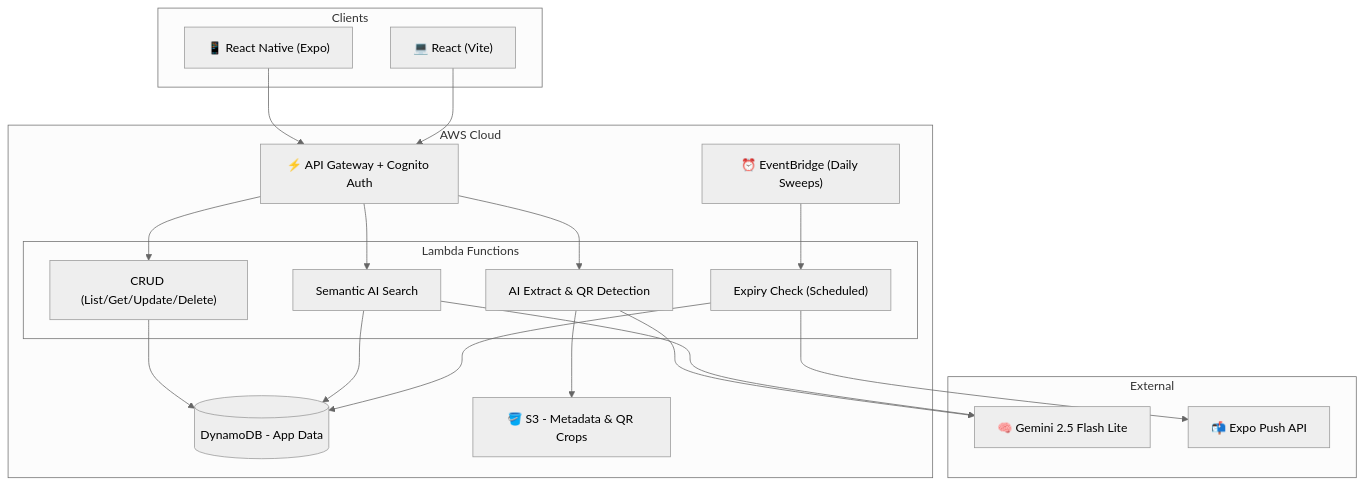
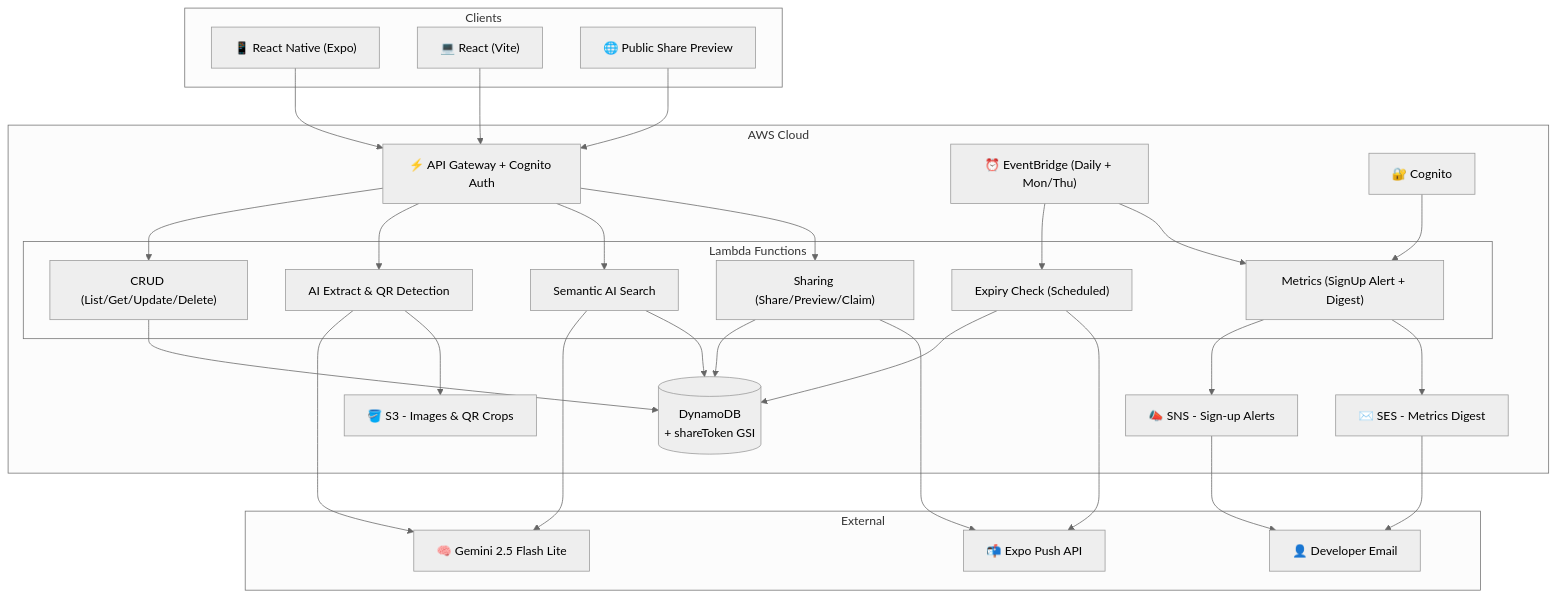
One commit to Manuel-Castellon/Vaulty changed the first of 3 diagrams in README.md. Above: the diagram before and after it, drawn with Mermaid (neutral theme). The commit also changed other lines of this file, not shown here.

Commit message:
docs: update README for sharing, metrics, and revised system diagram
- System diagram now includes sharing lambdas, metrics lambdas, SNS,
  SES, shareToken GSI, and public web client
- Key Engineering Decisions: two new bullets for coupon sharing (sparse
  GSI design, independent copy model) and developer metrics (SNS alerts
  + SES digest, zero custom-metric cost)
- Observability section split into CloudWatch Logs and Developer Metrics
  Pipeline subsections; bi-weekly digest and sign-up alert flow documented

````diff
--- a/README.md
+++ b/README.md
@@ -44,36 +44,49 @@
 ```mermaid
 graph TB
     subgraph "Clients"
         Mobile["📱 React Native (Expo)"]
         Web["💻 React (Vite)"]
+        PublicWeb["🌐 Public Share Preview"]
     end
 
     subgraph "AWS Cloud"
         APIGW["⚡ API Gateway + Cognito Auth"]
         subgraph "Lambda Functions"
             CRUD["CRUD (List/Get/Update/Delete)"]
             Extract["AI Extract & QR Detection"]
             Search["Semantic AI Search"]
             Notif["Expiry Check (Scheduled)"]
+            Share["Sharing (Share/Preview/Claim)"]
+            Metrics["Metrics (SignUp Alert + Digest)"]
         end
-        DDB[("DynamoDB - App Data")]
-        S3["🪣 S3 - Metadata & QR Crops"]
-        EB["⏰ EventBridge (Daily Sweeps)"]
+        DDB[("DynamoDB\n+ shareToken GSI")]
+        S3["🪣 S3 - Images & QR Crops"]
+        EB["⏰ EventBridge (Daily + Mon/Thu)"]
+        SNS["📣 SNS - Sign-up Alerts"]
+        SES["✉️ SES - Metrics Digest"]
+        Cognito["🔐 Cognito"]
     end
 
     subgraph "External"
         Gemini["🧠 Gemini 2.5 Flash Lite"]
         Expo["📬 Expo Push API"]
+        Dev["👤 Developer Email"]
     end
 
     Mobile & Web --> APIGW
-    APIGW --> CRUD & Extract & Search
+    PublicWeb --> APIGW
+    APIGW --> CRUD & Extract & Search & Share
+    Cognito --> Metrics
     CRUD --> DDB
+    Share --> DDB
     Extract --> Gemini
     Extract --> S3
     Search --> Gemini
     Search --> DDB
-    EB --> Notif
+    EB --> Notif & Metrics
     Notif --> DDB
     Notif --> Expo
+    Share --> Expo
+    Metrics --> SNS & SES
+    SNS & SES --> Dev
 ```
````
